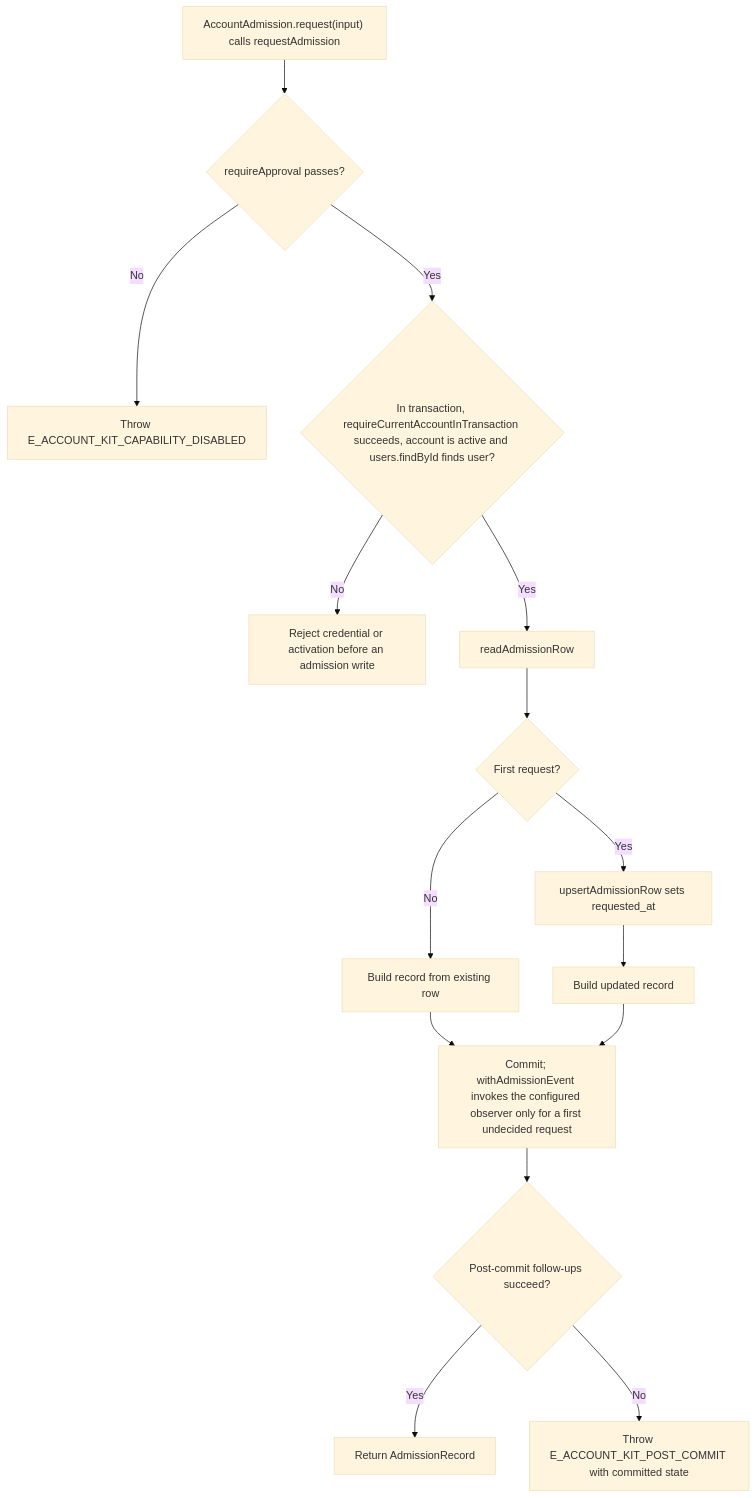
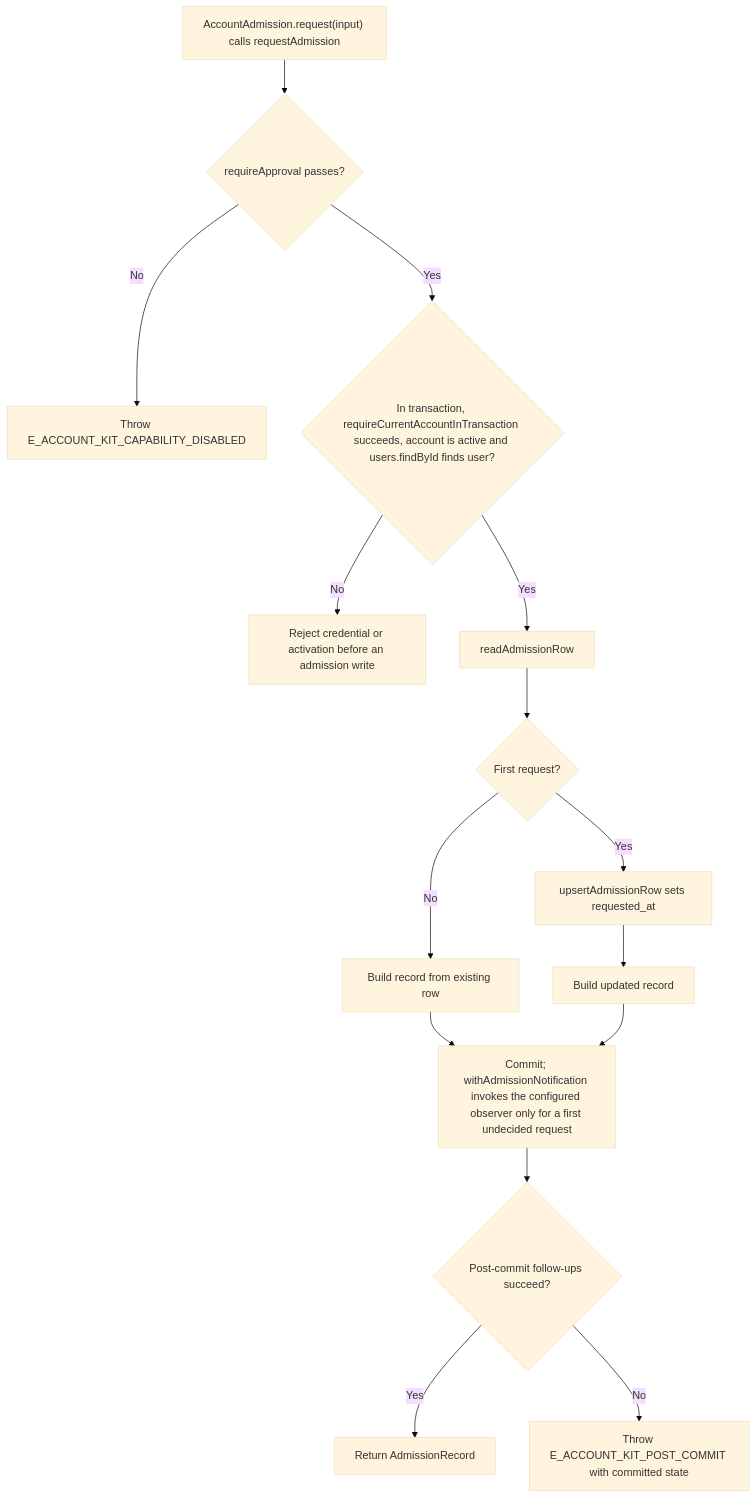
One commit to Kevinjohn/oss-adonisjs-account-kit changed the second of 2 diagrams in user-stories/US-ACCOUNT-24-request-admission.md. Above: the diagram before and after it, drawn with Mermaid (base theme). The commit also changed 16 other files, not shown here.

````diff
--- a/user-stories/US-ACCOUNT-24-request-admission.md
+++ b/user-stories/US-ACCOUNT-24-request-admission.md
@@ -37,17 +37,17 @@
 ```mermaid
 flowchart TD
  A["AccountAdmission.request(input) calls requestAdmission"] --> B{"requireApproval passes?"}
  B -->|No| X["Throw E_ACCOUNT_KIT_CAPABILITY_DISABLED"]
  B -->|Yes| C{"In transaction, requireCurrentAccountInTransaction succeeds, account is active and users.findById finds user?"}
  C -->|No| Y["Reject credential or activation before an admission write"]
  C -->|Yes| D["readAdmissionRow"]
  D --> E{"First request?"}
  E -->|Yes| F["upsertAdmissionRow sets requested_at"]
  E -->|No| G["Build record from existing row"]
  F --> H["Build updated record"]
- G --> I["Commit; withAdmissionEvent invokes the configured observer only for a first undecided request"]
+ G --> I["Commit; withAdmissionNotification invokes the configured observer only for a first undecided request"]
  H --> I
  I --> J{"Post-commit follow-ups succeed?"}
  J -->|Yes| K["Return AdmissionRecord"]
  J -->|No| L["Throw E_ACCOUNT_KIT_POST_COMMIT with committed state"]
 ```
````
